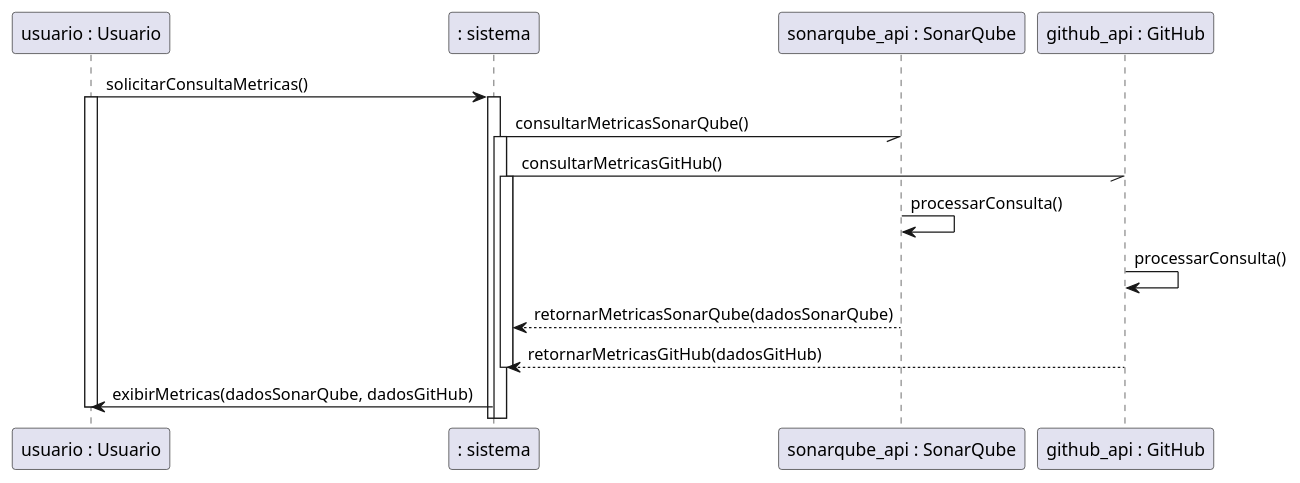
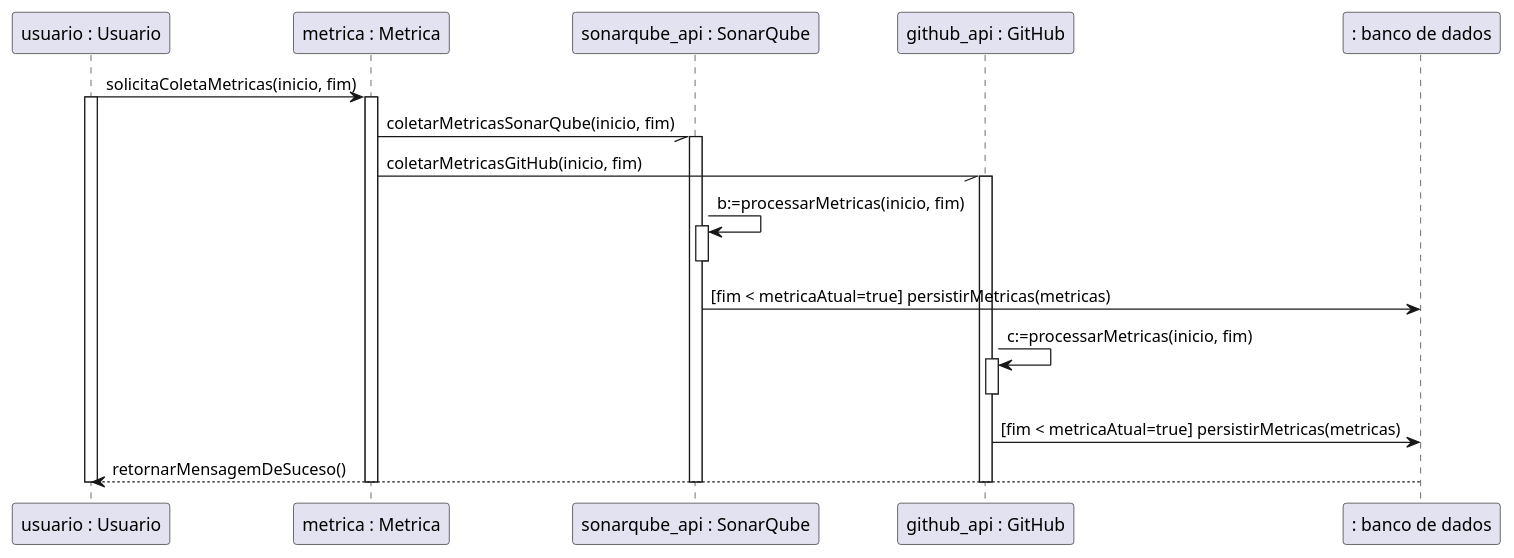
One commit to yurilsn/DiagramasUml changed the diagram in Diagrama de Sequencia/sequencia_proj_final_c4.wsd. Above: the diagram before and after it, drawn with PlantUML. The commit also changed 4 other files, not shown here.

Commit message:
corrigindo diagrama de sequencia

```diff
--- a/Diagrama de Sequencia/sequencia_proj_final_c4.wsd
+++ b/Diagrama de Sequencia/sequencia_proj_final_c4.wsd
@@ -1,28 +1,41 @@
 @startuml
-' CONSULTAR MÉTRICAS
+' COLETAR MÉTRICAS
 
-"usuario : Usuario" as usuario -> ": sistema" as sistema : solicitarConsultaMetricas()
+"usuario : Usuario" as usuario -> "metrica : Metrica" as sistema : solicitaColetaMetricas(inicio, fim)
 activate usuario
 activate sistema
 
 
-sistema -// "sonarqube_api : SonarQube" as sonarQube : consultarMetricasSonarQube()
-activate sistema
+sistema -// "sonarqube_api : SonarQube" as sonarQube : coletarMetricasSonarQube(inicio, fim)
+activate sonarQube
 
-sistema -// "github_api : GitHub" as github : consultarMetricasGitHub()
-activate sistema
+sistema -// "github_api : GitHub" as github : coletarMetricasGitHub(inicio, fim)
+activate github
 
-sonarQube -> sonarQube : processarConsulta()
-github -> github : processarConsulta()
+sonarQube -> sonarQube : b:=processarMetricas(inicio, fim)
+activate sonarQube
 
-sonarQube --> sistema : retornarMetricasSonarQube(dadosSonarQube)
 deactivate sonarQube
+sonarQube ->": banco de dados" as bd : [fim < metricaAtual=true] persistirMetricas(metricas)
 
-github --> sistema : retornarMetricasGitHub(dadosGitHub)
+
+github -> github : c:=processarMetricas(inicio, fim)
+activate github
+
 deactivate github
+github -> bd : [fim < metricaAtual=true] persistirMetricas(metricas)
 
+
+bd --> usuario : retornarMensagemDeSuceso()
+
+' sonarQube --> sistema : [fim < metricaAtual=true]retornarMetricasSonarQube(dadosSonarQube)
+
+' deactivate github
+' github --> sistema : [fim < metricaAtual=true]retornarMetricasGitHub(dadosGitHub)
+' deactivate github
+' sistema --> usuario: retornarTodasMetricas(dadosSonarQube, dadosGitHub)
+deactivate sonarQube
+deactivate github
 deactivate sistema
-
-sistema -> usuario: exibirMetricas(dadosSonarQube, dadosGitHub)
 deactivate usuario
 @enduml
```
